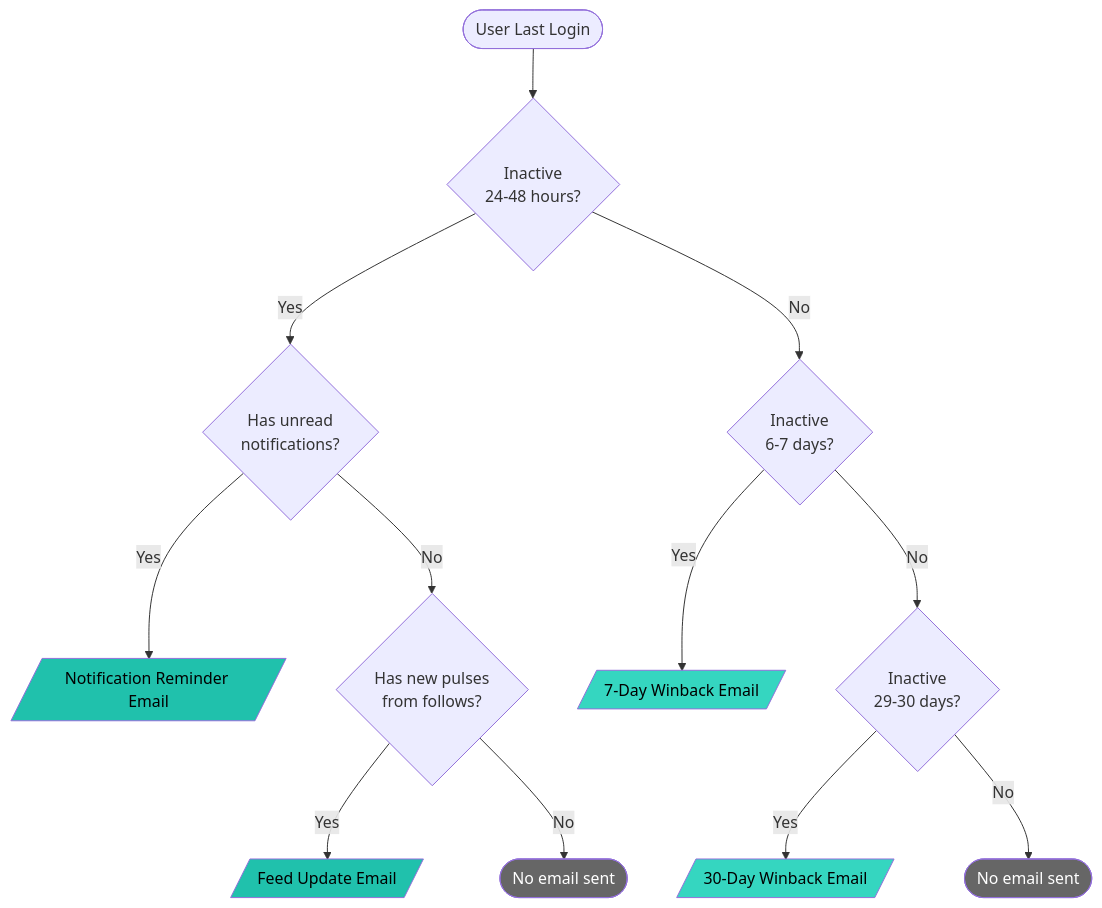
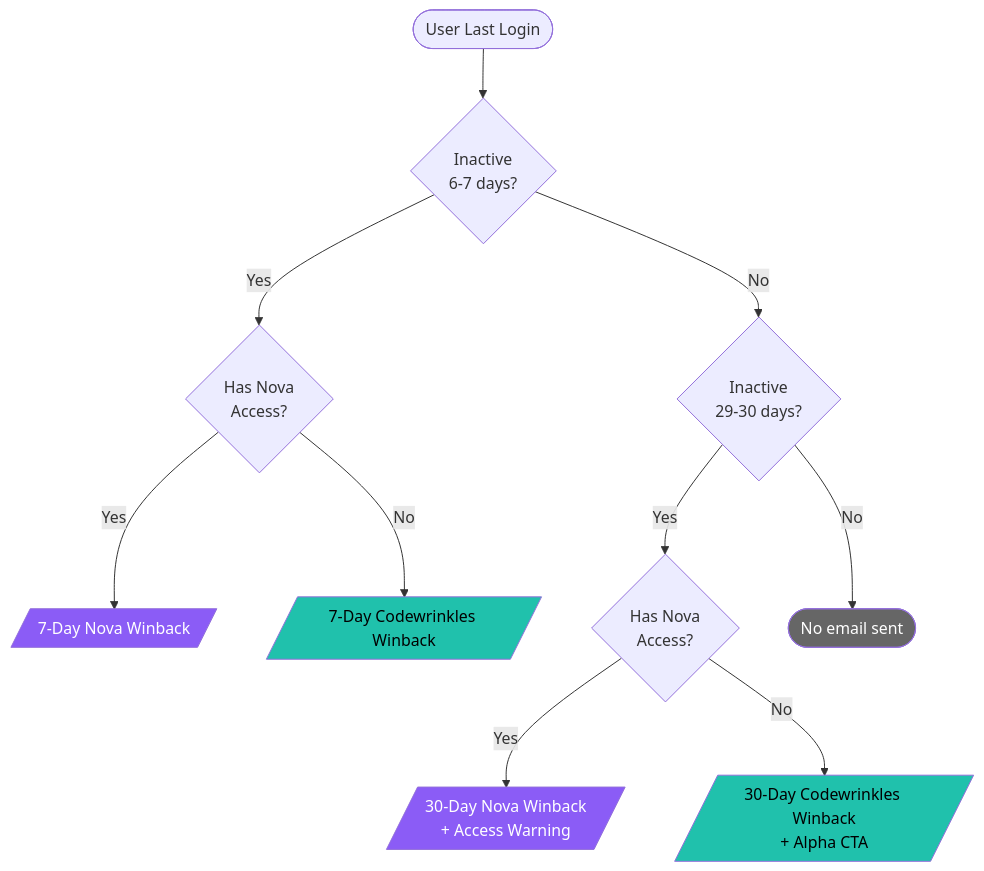
One commit to Codewrinkles/universe changed the diagram in docs/features/email/diagrams/email-decision-tree.md. Above: the diagram before and after it, drawn with Mermaid. The commit also changed other lines of this file and 15 other files, not shown here.

First line of the commit message:
refactor: Simplify email re-engagement to Nova-aware winback system

````diff
--- a/docs/features/email/diagrams/email-decision-tree.md
+++ b/docs/features/email/diagrams/email-decision-tree.md
@@ -3,26 +3,22 @@
 ```mermaid
 flowchart TD
-    Start([User Last Login]) --> Check24{Inactive<br/>24-48 hours?}
+    Start([User Last Login]) --> Check7{Inactive<br/>6-7 days?}
 
-    Check24 -->|Yes| HasNotif{Has unread<br/>notifications?}
-    Check24 -->|No| Check7{Inactive<br/>6-7 days?}
-
-    HasNotif -->|Yes| NotifEmail[/Notification Reminder Email/]
-    HasNotif -->|No| HasFeed{Has new pulses<br/>from follows?}
-
-    HasFeed -->|Yes| FeedEmail[/Feed Update Email/]
-    HasFeed -->|No| NoEmail1([No email sent])
-
-    Check7 -->|Yes| Winback7[/7-Day Winback Email/]
+    Check7 -->|Yes| HasNova7{Has Nova<br/>Access?}
     Check7 -->|No| Check30{Inactive<br/>29-30 days?}
 
-    Check30 -->|Yes| Winback30[/30-Day Winback Email/]
-    Check30 -->|No| NoEmail2([No email sent])
+    HasNova7 -->|Yes| Nova7[/7-Day Nova Winback/]
+    HasNova7 -->|No| CW7[/7-Day Codewrinkles Winback/]
 
-    style NotifEmail fill:#20C1AC,color:#000
-    style FeedEmail fill:#20C1AC,color:#000
-    style Winback7 fill:#35D6C0,color:#000
-    style Winback30 fill:#35D6C0,color:#000
-    style NoEmail1 fill:#666,color:#fff
-    style NoEmail2 fill:#666,color:#fff
+    Check30 -->|Yes| HasNova30{Has Nova<br/>Access?}
+    Check30 -->|No| NoEmail([No email sent])
+
+    HasNova30 -->|Yes| Nova30[/30-Day Nova Winback<br/>+ Access Warning/]
+    HasNova30 -->|No| CW30[/30-Day Codewrinkles Winback<br/>+ Alpha CTA/]
+
+    style Nova7 fill:#8B5CF6,color:#fff
+    style Nova30 fill:#8B5CF6,color:#fff
+    style CW7 fill:#20C1AC,color:#000
+    style CW30 fill:#20C1AC,color:#000
+    style NoEmail fill:#666,color:#fff
 ```
````
